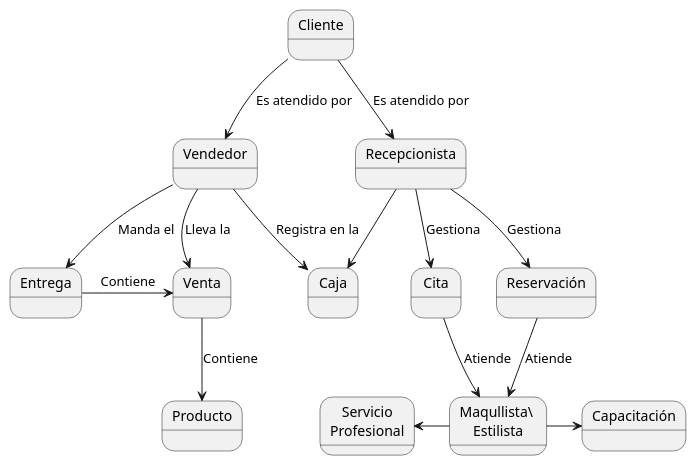
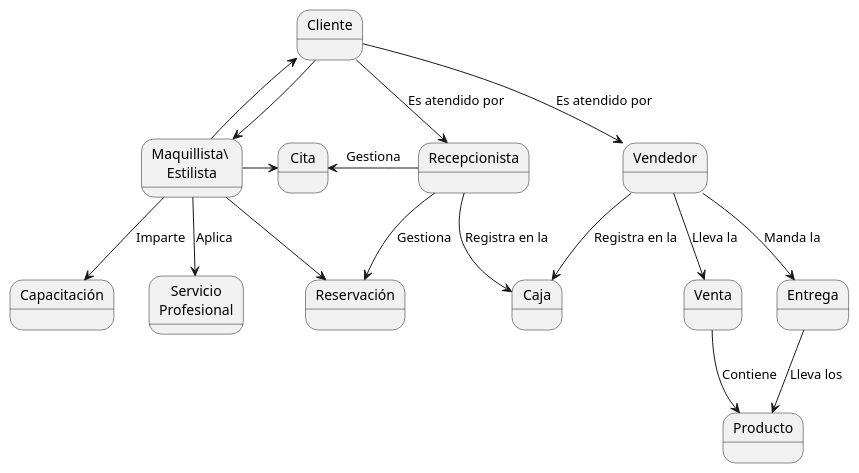
One commit to Kenny-Tinoco/galy-studio-web-system.doc changed the diagram in business-model.puml. Above: the diagram before and after it, drawn with PlantUML. The commit also changed 1 other file, not shown here.

```diff
--- a/business-model.puml
+++ b/business-model.puml
@@ -1,36 +1,38 @@
 @startuml
 skinparam BackgroundColor transparent
 
 state Cliente
 state Venta
 state Cita
 state Reservación
 state Vendedor
 state Recepcionista
 state Caja
 state Producto
 state Entrega
 state Capacitación
 state "Servicio\nProfesional" as servicio
-state "Maqullista\ \nEstilista" as Especialista
+state "Maquillista\ \nEstilista" as Especialista
 
 Cliente --> Vendedor : Es atendido por
 Cliente --> Recepcionista : Es atendido por
+Cliente <-- Especialista
+Cliente --> Especialista
 
 Vendedor --> Venta : Lleva la
 Vendedor --> Caja : Registra en la
-Vendedor --> Entrega: Manda el
+Vendedor --> Entrega: Manda la
 
-Entrega -right-> Venta : Contiene
+Entrega --> Producto  : Lleva los
 Venta --> Producto : Contiene
 
-Recepcionista --> Cita : Gestiona
+Recepcionista -left-> Cita : Gestiona
 Recepcionista --> Reservación : Gestiona
-Recepcionista --> Caja
+Recepcionista --> Caja : Registra en la
 
-Cita --> Especialista : Atiende
-Reservación --> Especialista : Atiende
+Especialista -right-> Cita
+Especialista --> Reservación
 
-Especialista -left-> servicio
-Especialista -right-> Capacitación
+Especialista --> servicio : Aplica
+Especialista --> Capacitación : Imparte
 @enduml
```
